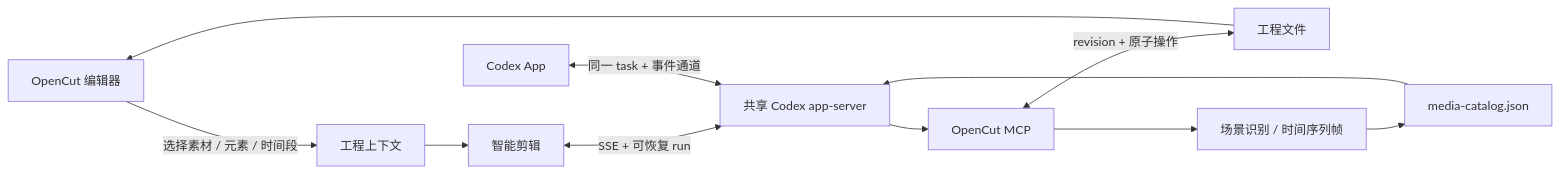
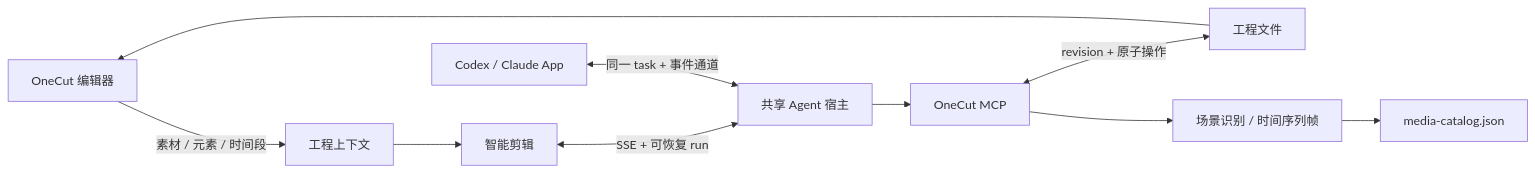
Before and after one commit to zvv1999/moirai-cut: the diagram in README.md, drawn with Mermaid. The commit also changed other lines of this file and 124 other files, not shown here.

Commit message:
feat: rebrand project as OneCut

````diff
--- a/README.md
+++ b/README.md
@@ -31,13 +39,12 @@
 ```mermaid
 flowchart LR
-  Editor["OpenCut 编辑器"] -->|"选择素材 / 元素 / 时间段"| Context["工程上下文"]
+  Editor["OneCut 编辑器"] -->|"素材 / 元素 / 时间段"| Context["工程上下文"]
   Context --> Chat["智能剪辑"]
-  Chat <-->|"SSE + 可恢复 run"| Host["共享 Codex app-server"]
-  App["Codex App"] <-->|"同一 task + 事件通道"| Host
-  Host --> MCP["OpenCut MCP"]
+  Chat <-->|"SSE + 可恢复 run"| Host["共享 Agent 宿主"]
+  App["Codex / Claude App"] <-->|"同一 task + 事件通道"| Host
+  Host --> MCP["OneCut MCP"]
   MCP <-->|"revision + 原子操作"| Project["工程文件"]
-  Project --> Editor
   MCP --> Vision["场景识别 / 时间序列帧"]
   Vision --> Catalog["media-catalog.json"]
-  Catalog --> Host
+  Project --> Editor
 ```
````
